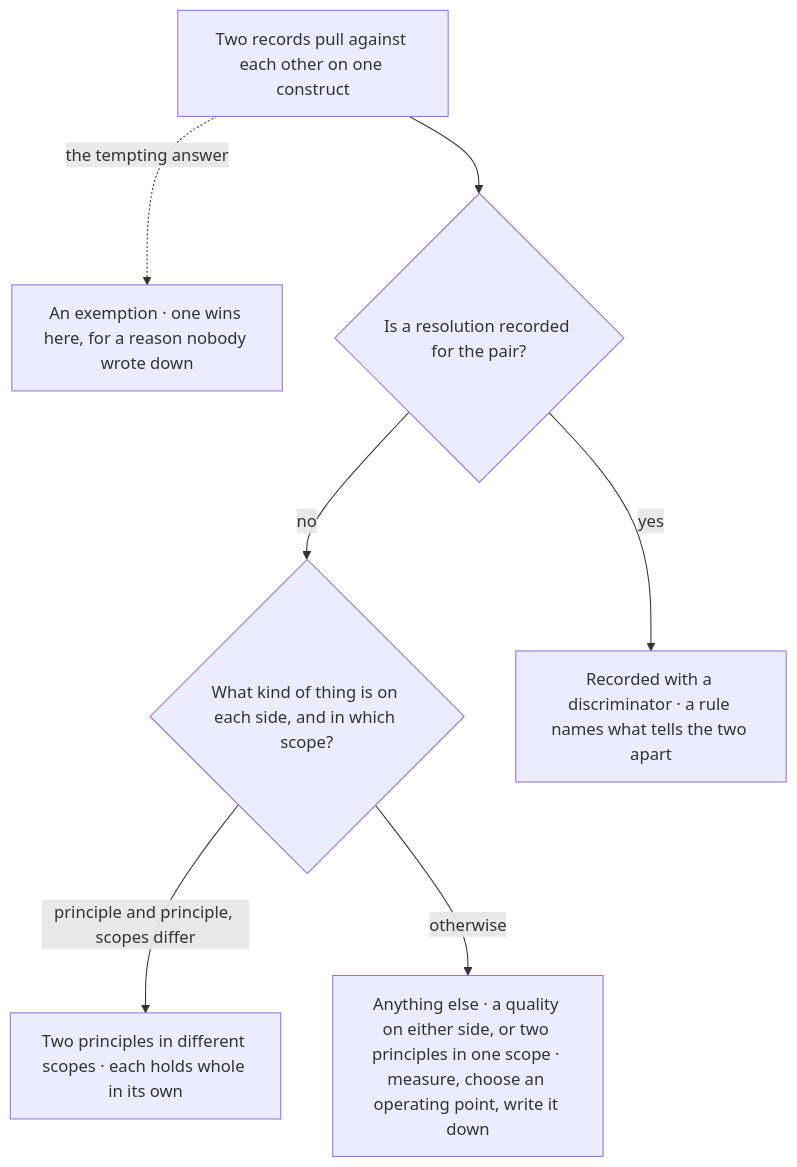
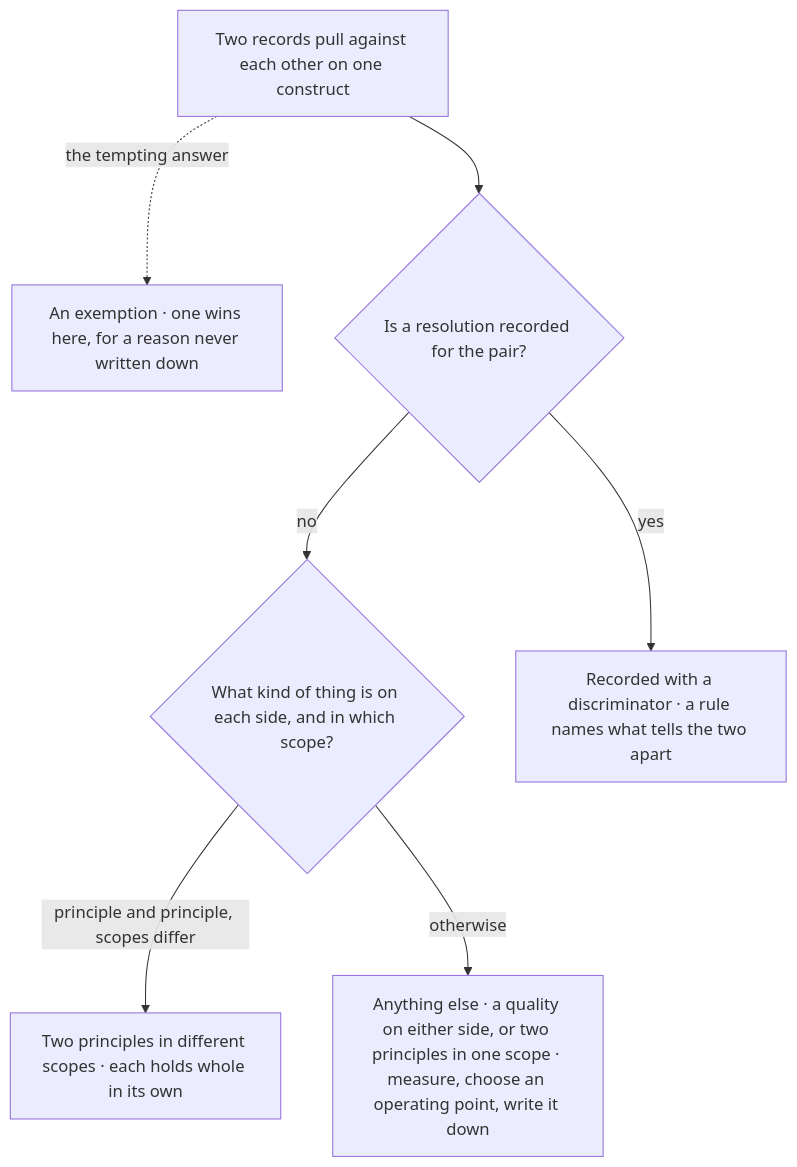
Diagram 11 of 13 in architecture/PRINCIPLES.md (Varietyz/Disciplined-AI-Software-Development), drawn with Mermaid before and after one commit. The commit also changed other lines of this file and 25 other files, not shown here.

````diff
--- a/architecture/PRINCIPLES.md
+++ b/architecture/PRINCIPLES.md
@@ -624,16 +604,16 @@
 ```mermaid
 flowchart TB
 pair["Two records pull against each other on one construct"]
-exemption["An exemption · one wins here, for a reason nobody wrote down"]
+exemption["An exemption · one wins here, for a reason never written down"]
 recorded{"Is a resolution recorded for the pair?"}
 kinds{"What kind of thing is on each side, and in which scope?"}
 separate["Two principles in different scopes · each holds whole in its own"]
 trade["Anything else · a quality on either side, or two principles in one scope · measure, choose an operating point, write it down"]
 mitigate["Recorded with a discriminator · a rule names what tells the two apart"]
 pair -. the tempting answer .-> exemption
 pair --> recorded
 recorded -- yes --> mitigate
 recorded -- no --> kinds
 kinds -- principle and principle, scopes differ --> separate
 kinds -- otherwise --> trade
 ```
````
